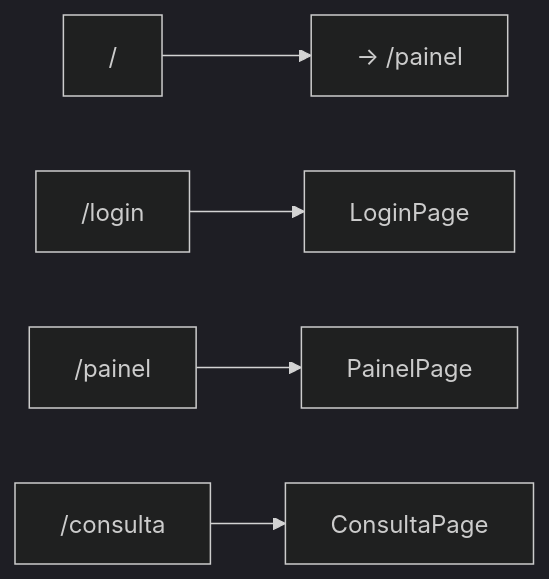
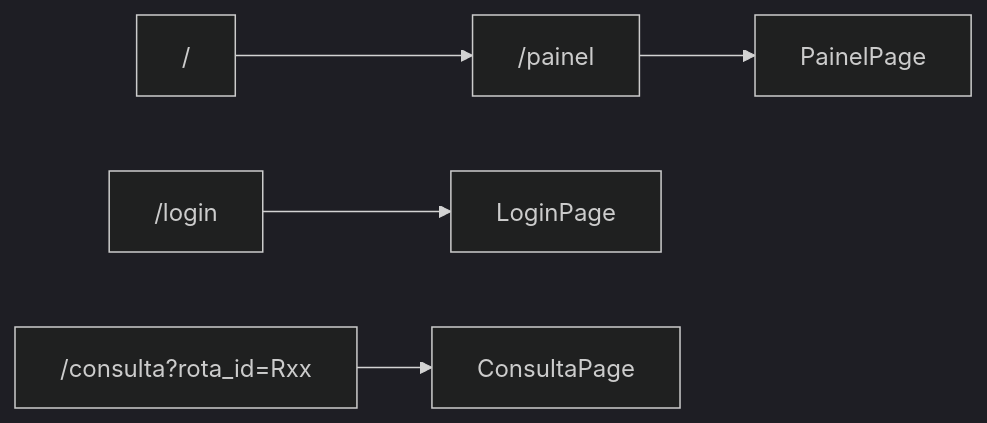
Before and after one commit to Ivaanildo/monitoramento-dinamico: the second of 3 diagrams in docs/arquitetura/04-estrutura-codebase.md, drawn with Mermaid (dark theme). The commit also changed other lines of this file and 12 other files, not shown here.

````diff
--- a/docs/arquitetura/04-estrutura-codebase.md
+++ b/docs/arquitetura/04-estrutura-codebase.md
@@ -88,7 +53,7 @@
 ```mermaid
 flowchart LR
-    R["/"] --> Redirect["→ /painel"]
-    L["/login"] --> LoginPage
-    P["/painel"] --> PainelPage
-    C["/consulta"] --> ConsultaPage
+    Root["/"] --> Painel["/painel"]
+    Login["/login"] --> Auth["LoginPage"]
+    Painel --> Grid["PainelPage"]
+    Consulta["/consulta?rota_id=Rxx"] --> Detail["ConsultaPage"]
 ```
````
